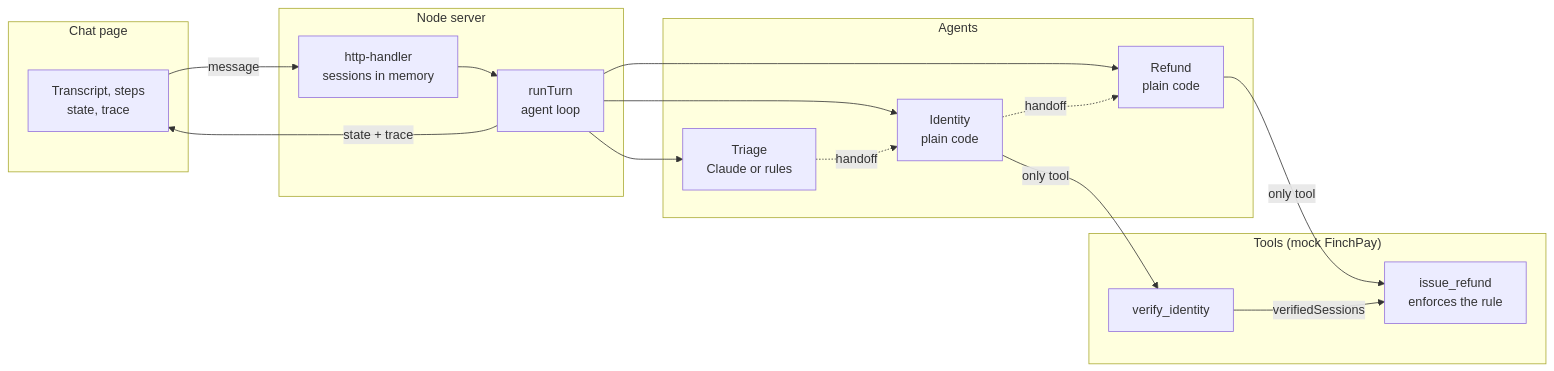
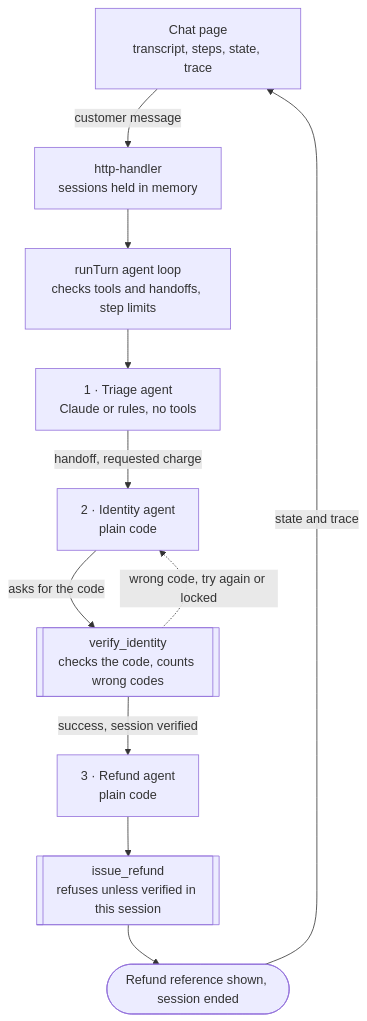
The first of 2 diagrams in README.md (VolodymyrLinuxovich/finchpay-refund-desk), drawn with Mermaid before and after one commit. The commit also changed other lines of this file and 5 other files, not shown here.

Commit message:
README: vertical architecture diagram and one demo animation

````diff
--- a/README.md
+++ b/README.md
@@ -56,33 +54,23 @@
 ```mermaid
-flowchart LR
-    subgraph PAGE["Chat page"]
-        UI[Transcript, steps<br/>state, trace]
-    end
+flowchart TD
+    PAGE["Chat page<br/>transcript, steps, state, trace"]
+    H["http-handler<br/>sessions held in memory"]
+    L["runTurn agent loop<br/>checks tools and handoffs, step limits"]
+    T["1 · Triage agent<br/>Claude or rules, no tools"]
+    I["2 · Identity agent<br/>plain code"]
+    V[["verify_identity<br/>checks the code, counts wrong codes"]]
+    R["3 · Refund agent<br/>plain code"]
+    F[["issue_refund<br/>refuses unless verified in this session"]]
+    END(["Refund reference shown, session ended"])
 
-    subgraph SERVER["Node server"]
-        H[http-handler<br/>sessions in memory]
-        L[runTurn<br/>agent loop]
-    end
-
-    subgraph AGENTS["Agents"]
-        T[Triage<br/>Claude or rules]
-        I[Identity<br/>plain code]
-        R[Refund<br/>plain code]
-    end
-
-    subgraph TOOLS["Tools (mock FinchPay)"]
-        V[verify_identity]
-        F[issue_refund<br/>enforces the rule]
-    end
-
-    UI -->|message| H --> L
+    PAGE -->|customer message| H
+    H --> L
     L --> T
-    L --> I
-    L --> R
-    T -.handoff.-> I
-    I -.handoff.-> R
-    I -->|only tool| V
-    R -->|only tool| F
-    V -->|verifiedSessions| F
-    L -->|state + trace| UI
+    T -->|"handoff, requested charge"| I
+    I -->|asks for the code| V
+    V -->|"success, session verified"| R
+    V -.->|"wrong code, try again or locked"| I
+    R --> F
+    F --> END
+    END -->|"state and trace"| PAGE
 ```
````
